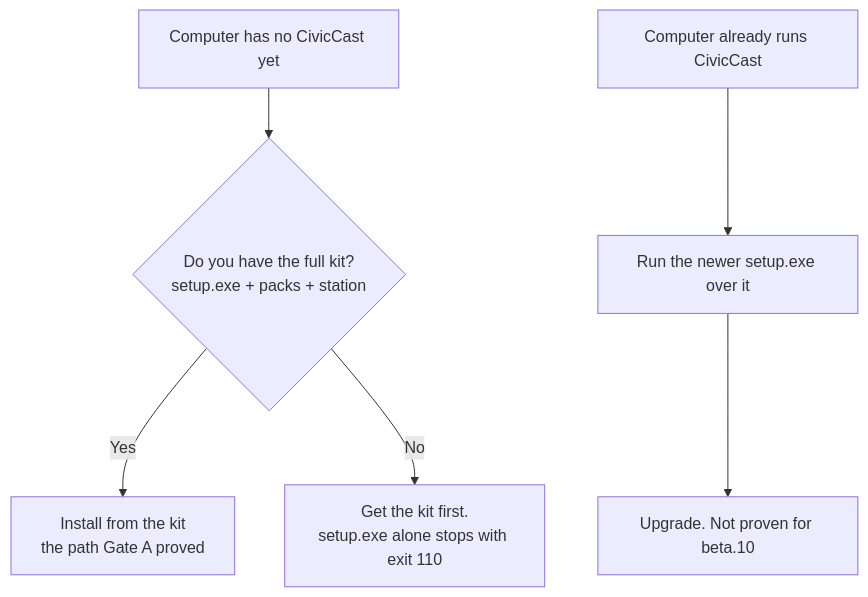
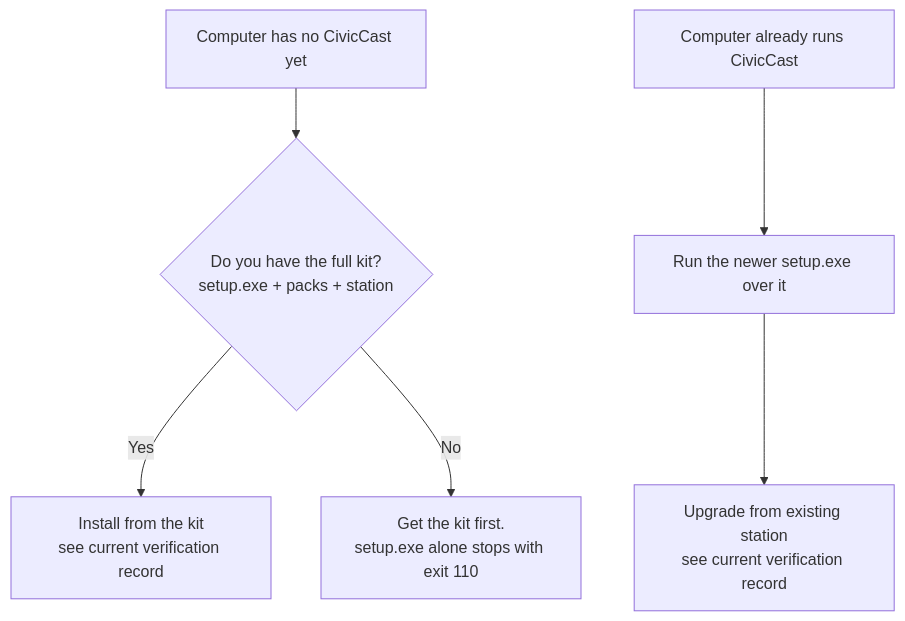
Before and after one commit to scottconverse/civiccast-native: the diagram in docs/manual/src/20-planning.md, drawn with Mermaid. The commit also changed other lines of this file and 166 other files, not shown here.

````diff
--- a/docs/manual/src/20-planning.md
+++ b/docs/manual/src/20-planning.md
@@ -31,8 +30,8 @@
 ```mermaid
 flowchart TB
   A[Computer has no CivicCast yet] --> B{Do you have the full kit?<br/>setup.exe + packs + station}
-  B -- Yes --> C[Install from the kit<br/>the path Gate A proved]
+  B -- Yes --> C[Install from the kit<br/>see current verification record]
   B -- No --> D[Get the kit first.<br/>setup.exe alone stops with exit 110]
   E[Computer already runs CivicCast] --> F[Run the newer setup.exe over it]
-  F --> G[Upgrade. Not proven for beta.10]
+  F --> G[Upgrade from existing station<br/>see current verification record]
 ```
````
